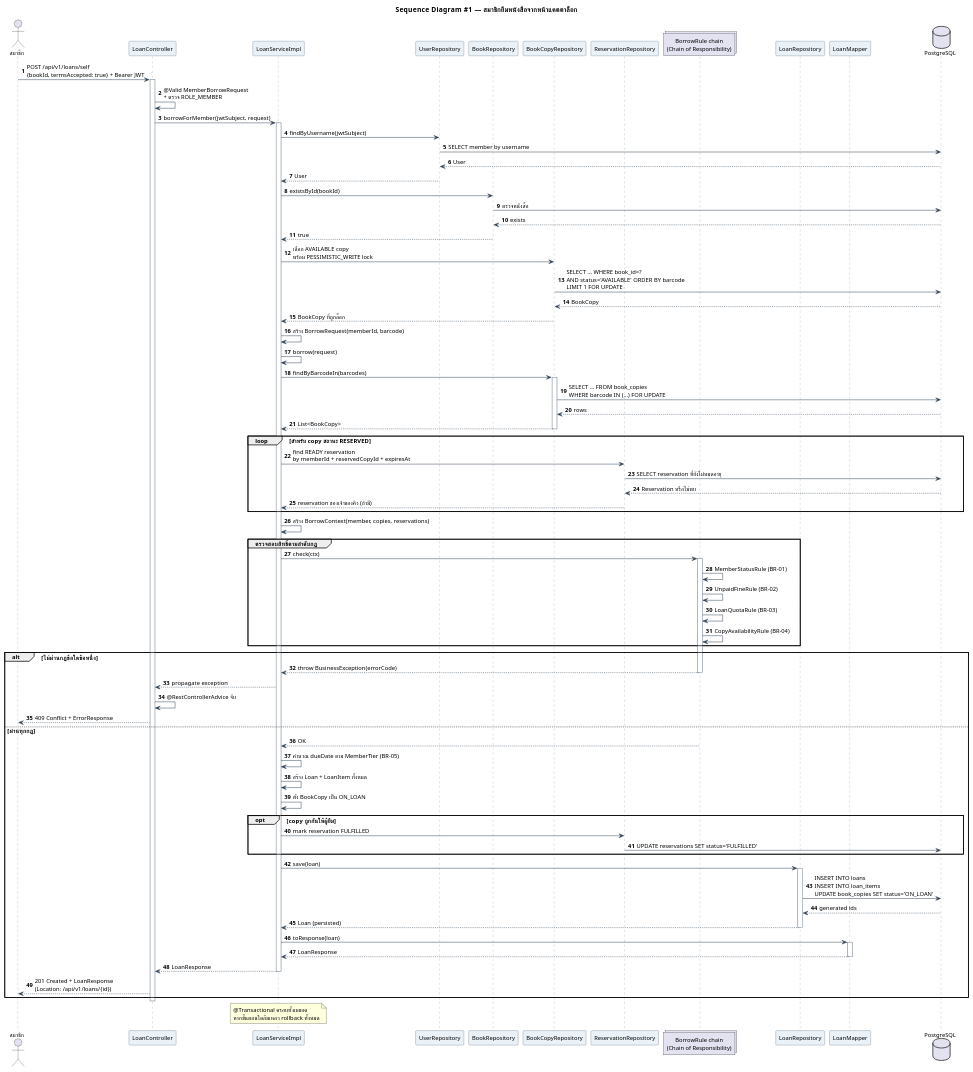
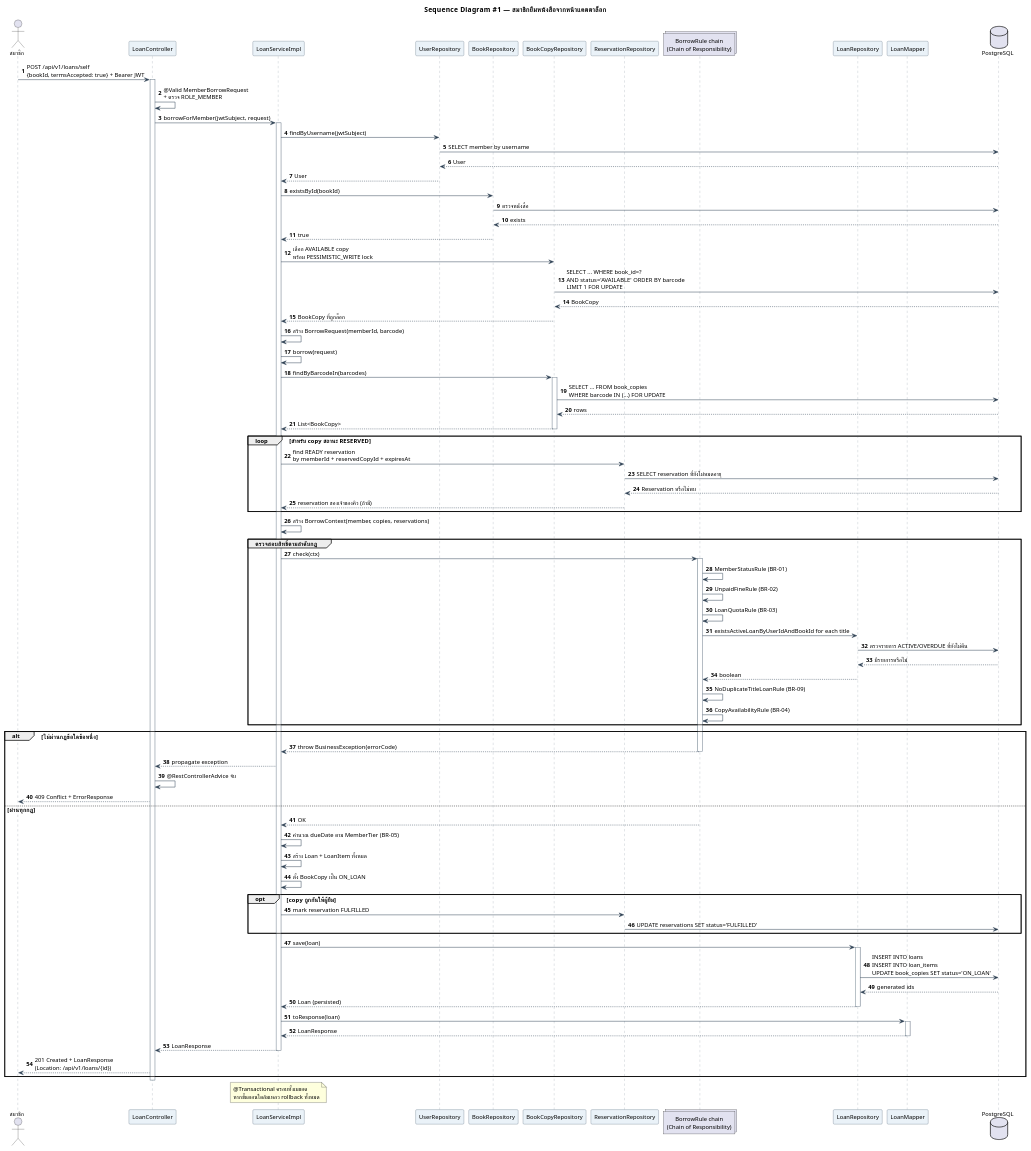
Before and after one commit to boatrocl/library_book_management: the diagram in doc/diagrams/05-sequence-borrow.puml, drawn with PlantUML. The commit also changed 5 other files, not shown here.

```diff
--- a/doc/diagrams/05-sequence-borrow.puml
+++ b/doc/diagrams/05-sequence-borrow.puml
@@ -1,110 +1,115 @@
 @startuml 05-sequence-borrow
 title Sequence Diagram #1 — สมาชิกยืมหนังสือจากหน้าแคตตาล็อก
 
 skinparam defaultFontName "Tahoma"
 skinparam defaultFontSize 12
 skinparam shadowing false
 skinparam sequence {
   ArrowColor #2E4053
   LifeLineBorderColor #85929E
   ParticipantBorderColor #34495E
   ParticipantBackgroundColor #EAF2F8
 }
 autonumber
 
 actor "สมาชิก" as MEMBER
 participant "LoanController" as C
 participant "LoanServiceImpl" as S
 participant "UserRepository" as UR
 participant "BookRepository" as BR
 participant "BookCopyRepository" as CR
 participant "ReservationRepository" as RR
 collections "BorrowRule chain\n(Chain of Responsibility)" as R
 participant "LoanRepository" as LR
 participant "LoanMapper" as M
 database "PostgreSQL" as DB
 
 MEMBER -> C : POST /api/v1/loans/self\n{bookId, termsAccepted: true} + Bearer JWT
 activate C
 C -> C : @Valid MemberBorrowRequest\n+ ตรวจ ROLE_MEMBER
 C -> S : borrowForMember(jwtSubject, request)
 activate S
 S -> UR : findByUsername(jwtSubject)
 UR -> DB : SELECT member by username
 DB --> UR : User
 UR --> S : User
 S -> BR : existsById(bookId)
 BR -> DB : ตรวจหนังสือ
 DB --> BR : exists
 BR --> S : true
 S -> CR : เลือก AVAILABLE copy\nพร้อม PESSIMISTIC_WRITE lock
 CR -> DB : SELECT ... WHERE book_id=?\nAND status='AVAILABLE' ORDER BY barcode\nLIMIT 1 FOR UPDATE
 DB --> CR : BookCopy
 CR --> S : BookCopy ที่ถูกล็อก
 S -> S : สร้าง BorrowRequest(memberId, barcode)
 S -> S : borrow(request)
 
 S -> CR : findByBarcodeIn(barcodes)
 activate CR
 CR -> DB : SELECT ... FROM book_copies\nWHERE barcode IN (...) FOR UPDATE
 DB --> CR : rows
 CR --> S : List<BookCopy>
 deactivate CR
 
 loop สำหรับ copy สถานะ RESERVED
   S -> RR : find READY reservation\nby memberId + reservedCopyId + expiresAt
   RR -> DB : SELECT reservation ที่ยังไม่หมดอายุ
   DB --> RR : Reservation หรือไม่พบ
   RR --> S : reservation ของเจ้าของคิว (ถ้ามี)
 end
 
 S -> S : สร้าง BorrowContext(member, copies, reservations)
 
 group ตรวจสอบสิทธิ์ตามลำดับกฎ
   S -> R : check(ctx)
   activate R
   R -> R : MemberStatusRule (BR-01)
   R -> R : UnpaidFineRule (BR-02)
   R -> R : LoanQuotaRule (BR-03)
+  R -> LR : existsActiveLoanByUserIdAndBookId for each title
+  LR -> DB : ตรวจรายการ ACTIVE/OVERDUE ที่ยังไม่คืน
+  DB --> LR : มีรายการหรือไม่
+  LR --> R : boolean
+  R -> R : NoDuplicateTitleLoanRule (BR-09)
   R -> R : CopyAvailabilityRule (BR-04)
 end
 
 alt ไม่ผ่านกฎข้อใดข้อหนึ่ง
   R --> S : throw BusinessException(errorCode)
   deactivate R
   S --> C : propagate exception
   C -> C : @RestControllerAdvice จับ
   C --> MEMBER : 409 Conflict + ErrorResponse
 else ผ่านทุกกฎ
   R --> S : OK
   S -> S : คำนวณ dueDate ตาม MemberTier (BR-05)
   S -> S : สร้าง Loan + LoanItem ทั้งหมด
   S -> S : ตั้ง BookCopy เป็น ON_LOAN
   opt copy ถูกกันให้ผู้ยืม
     S -> RR : mark reservation FULFILLED
     RR -> DB : UPDATE reservations SET status='FULFILLED'
   end
   S -> LR : save(loan)
   activate LR
   LR -> DB : INSERT INTO loans\nINSERT INTO loan_items\nUPDATE book_copies SET status='ON_LOAN'
   DB --> LR : generated ids
   LR --> S : Loan (persisted)
   deactivate LR
 
   S -> M : toResponse(loan)
   activate M
   M --> S : LoanResponse
   deactivate M
 
   S --> C : LoanResponse
   deactivate S
   C --> MEMBER : 201 Created + LoanResponse\n(Location: /api/v1/loans/{id})
 end
 deactivate C
 
 note over S
   @Transactional ครอบทั้งเมธอด
   หากขั้นตอนใดล้มเหลว rollback ทั้งหมด
 end note
 
 @enduml
```
